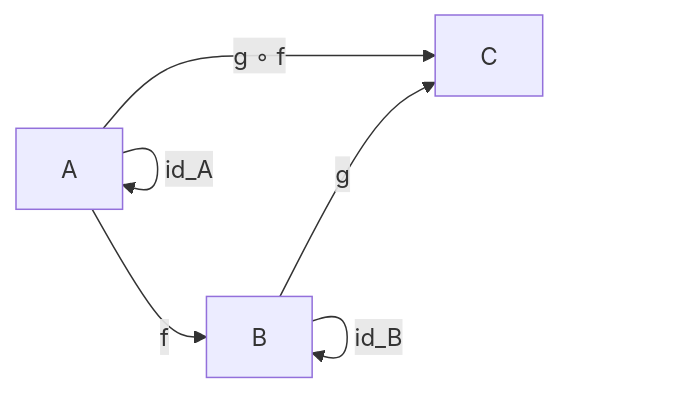
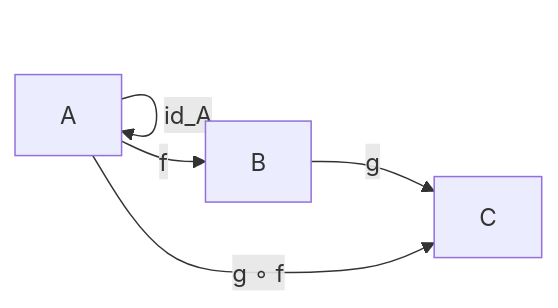
The second of 5 diagrams in docs/category_theory.md (but212/rustica), drawn with Mermaid before and after one commit. The commit also changed other lines of this file, not shown here.

````diff
--- a/docs/category_theory.md
+++ b/docs/category_theory.md
@@ -15,8 +62,7 @@
 ```mermaid
-graph LR
+flowchart LR
     A["A"] --> |"id_A"| A
-    B["B"] --> |"id_B"| B
-    A --> |"f"| B
+    A --> |"f"| B["B"]
     B --> |"g"| C["C"]
     A --> |"g ∘ f"| C
 ```
````
